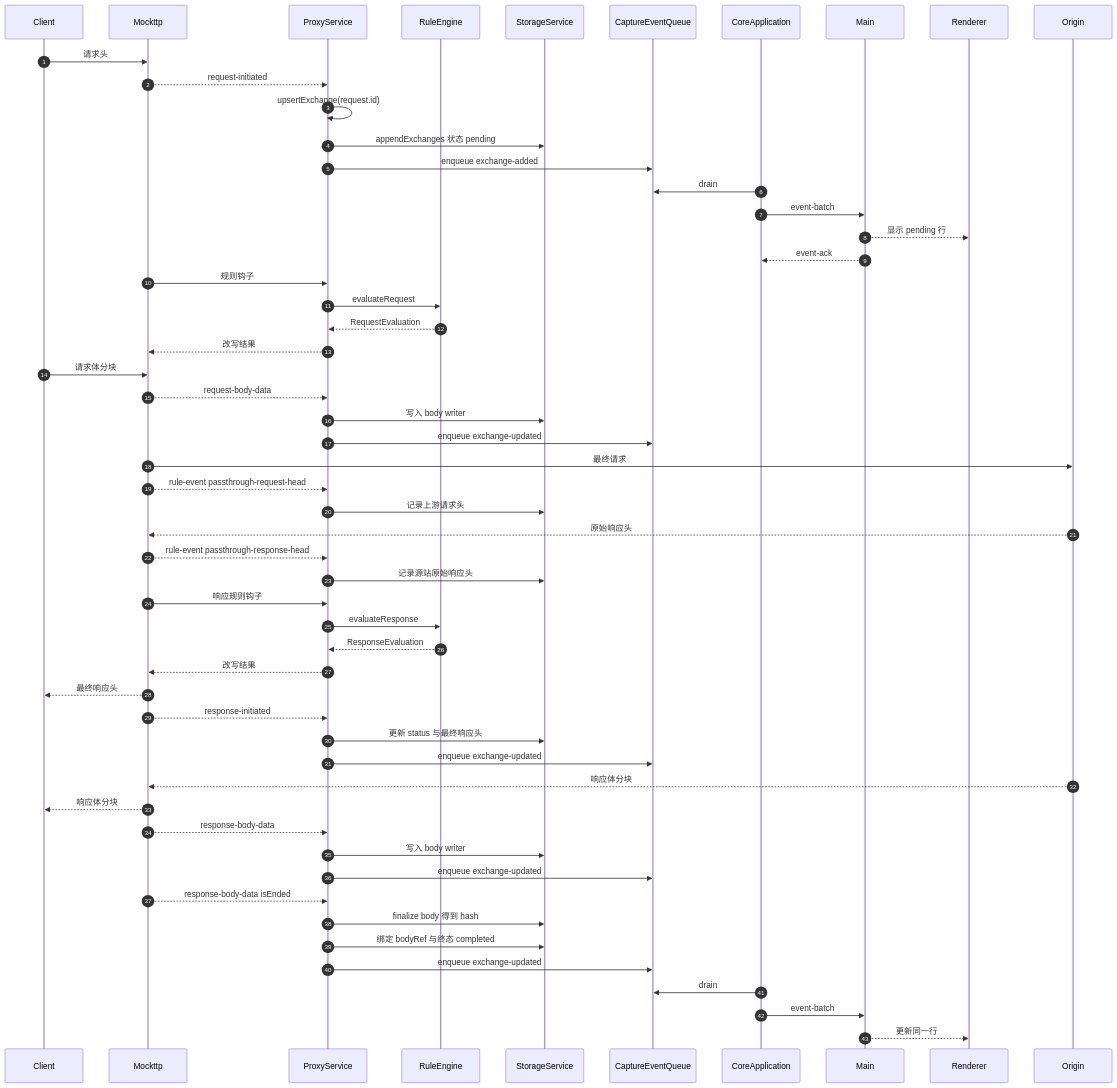
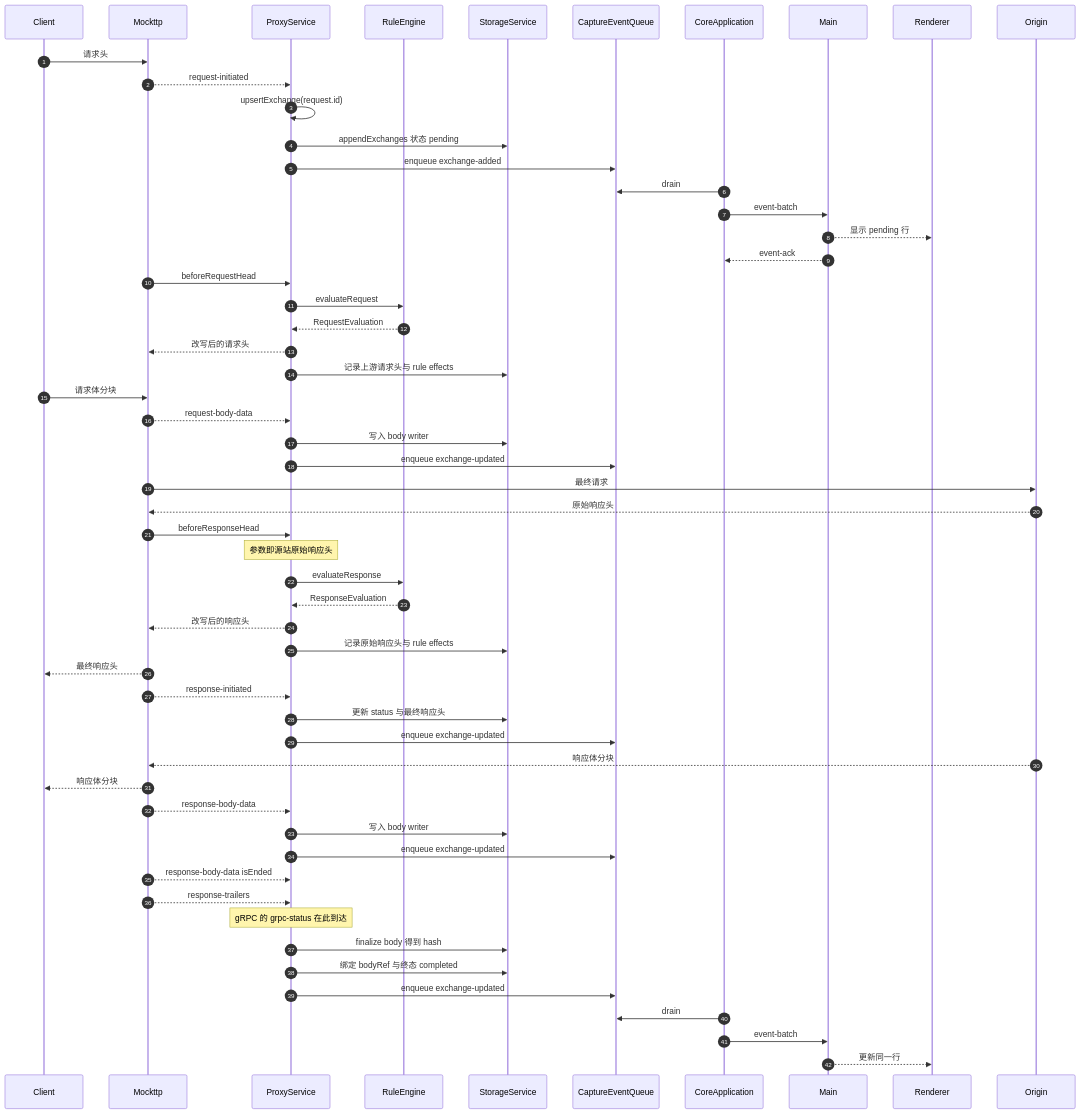
One commit to zhxmt-xm/Interceptor changed the second of 8 diagrams in architecture/feature-capture.md. Above: the diagram before and after it, drawn with Mermaid. The commit also changed other lines of this file and 2 other files, not shown here.

First line of the commit message:
docs: correct capture evidence sources and refresh todo status

````diff
--- a/architecture/feature-capture.md
+++ b/architecture/feature-capture.md
@@ -202,66 +231,66 @@
 ```mermaid
 sequenceDiagram
     autonumber
     participant Client
     participant Mockttp
     participant Proxy as ProxyService
     participant Rules as RuleEngine
     participant Storage as StorageService
     participant Queue as CaptureEventQueue
     participant App as CoreApplication
     participant Main
     participant UI as Renderer
     participant Origin
 
     Client->>Mockttp: 请求头
     Mockttp-->>Proxy: request-initiated
     Proxy->>Proxy: upsertExchange(request.id)
     Proxy->>Storage: appendExchanges 状态 pending
     Proxy->>Queue: enqueue exchange-added
     App->>Queue: drain
     App->>Main: event-batch
     Main-->>UI: 显示 pending 行
     Main-->>App: event-ack
 
-    Mockttp->>Proxy: 规则钩子
+    Mockttp->>Proxy: beforeRequestHead
     Proxy->>Rules: evaluateRequest
     Rules-->>Proxy: RequestEvaluation
-    Proxy-->>Mockttp: 改写结果
+    Proxy-->>Mockttp: 改写后的请求头
+    Proxy->>Storage: 记录上游请求头与 rule effects
 
     Client->>Mockttp: 请求体分块
     Mockttp-->>Proxy: request-body-data
     Proxy->>Storage: 写入 body writer
     Proxy->>Queue: enqueue exchange-updated
 
     Mockttp->>Origin: 最终请求
-    Mockttp-->>Proxy: rule-event passthrough-request-head
-    Proxy->>Storage: 记录上游请求头
+    Origin-->>Mockttp: 原始响应头
 
-    Origin-->>Mockttp: 原始响应头
-    Mockttp-->>Proxy: rule-event passthrough-response-head
-    Proxy->>Storage: 记录源站原始响应头
-
-    Mockttp->>Proxy: 响应规则钩子
+    Mockttp->>Proxy: beforeResponseHead
+    Note over Proxy: 参数即源站原始响应头
     Proxy->>Rules: evaluateResponse
     Rules-->>Proxy: ResponseEvaluation
-    Proxy-->>Mockttp: 改写结果
+    Proxy-->>Mockttp: 改写后的响应头
+    Proxy->>Storage: 记录原始响应头与 rule effects
 
     Mockttp-->>Client: 最终响应头
     Mockttp-->>Proxy: response-initiated
     Proxy->>Storage: 更新 status 与最终响应头
     Proxy->>Queue: enqueue exchange-updated
 
     Origin-->>Mockttp: 响应体分块
     Mockttp-->>Client: 响应体分块
     Mockttp-->>Proxy: response-body-data
     Proxy->>Storage: 写入 body writer
     Proxy->>Queue: enqueue exchange-updated
 
     Mockttp-->>Proxy: response-body-data isEnded
+    Mockttp-->>Proxy: response-trailers
+    Note over Proxy: gRPC 的 grpc-status 在此到达
     Proxy->>Storage: finalize body 得到 hash
     Proxy->>Storage: 绑定 bodyRef 与终态 completed
     Proxy->>Queue: enqueue exchange-updated
     App->>Queue: drain
     App->>Main: event-batch
     Main-->>UI: 更新同一行
 ```
````
